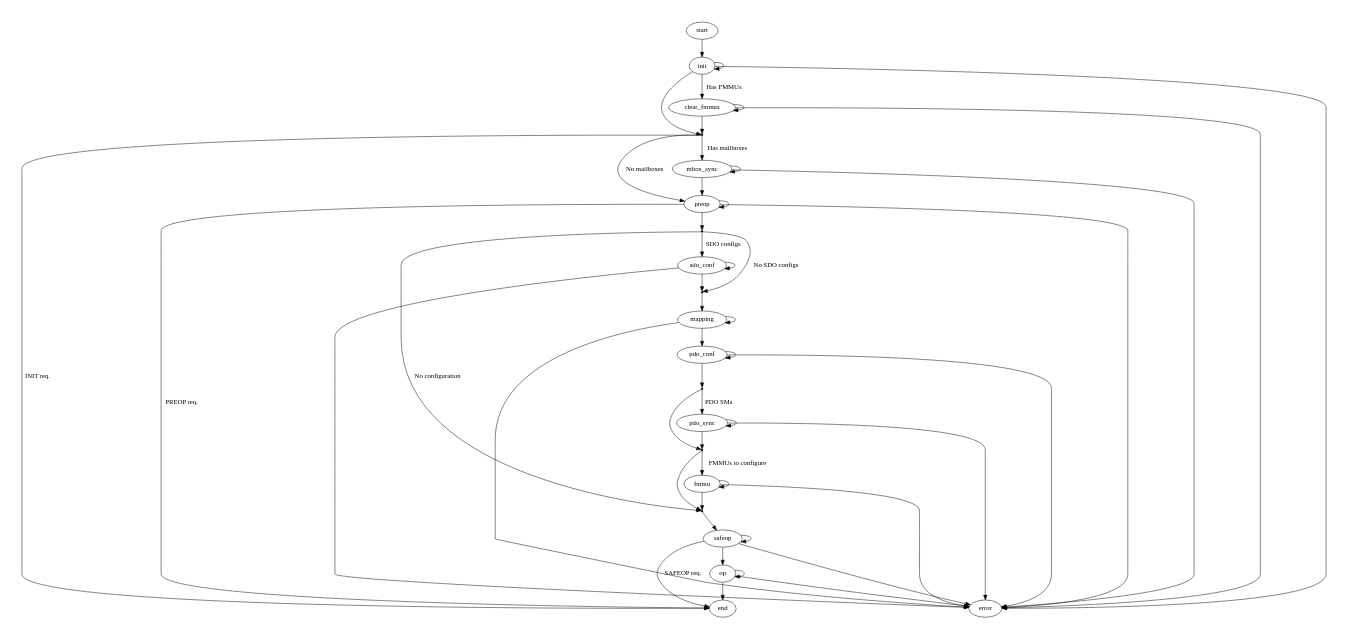
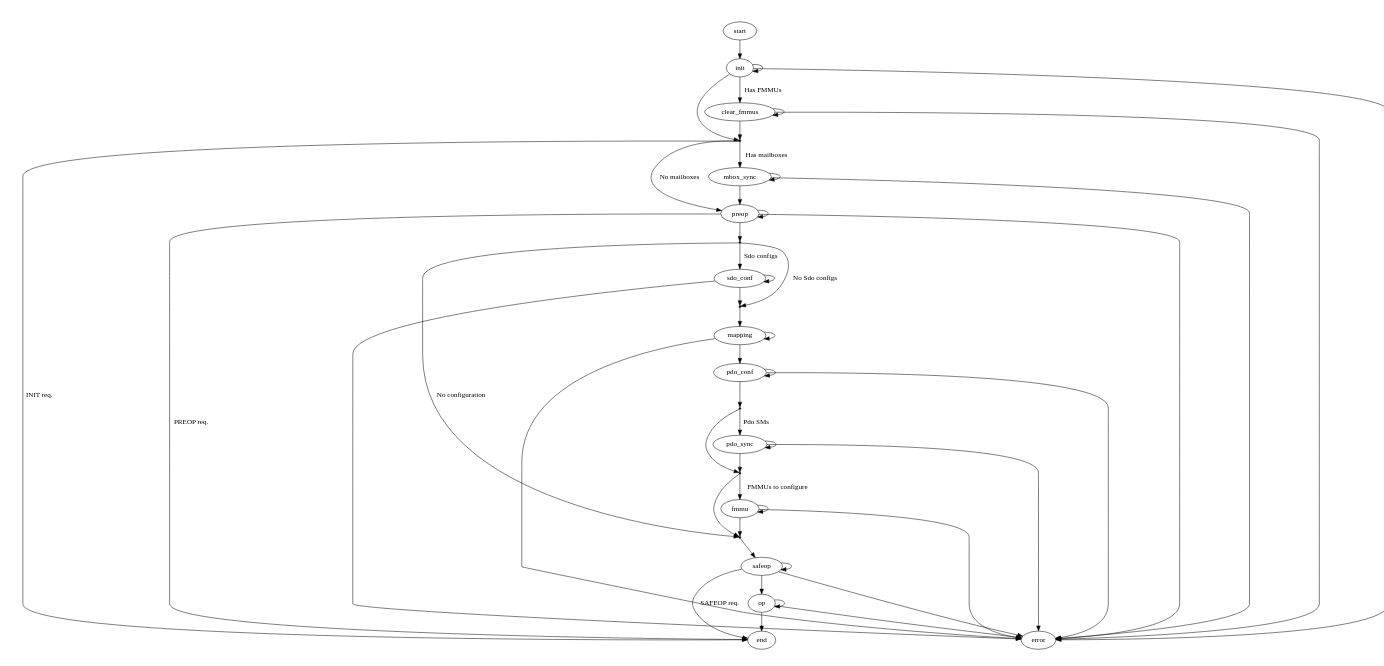
The diagram in documentation/graphs/fsm_slave_conf.dot (ribalda/ethercat), drawn with Graphviz before and after one commit. The commit also changed 36 other files, not shown here.

```diff
--- a/documentation/graphs/fsm_slave_conf.dot
+++ b/documentation/graphs/fsm_slave_conf.dot
@@ -1,65 +1,65 @@
 
 /* $Id$ */
 
 digraph slaveconf {
     size="7,9"
     center=1
 	ratio=fill
 
     enter_mbox_sync [shape=point,label=""]
     enter_fmmu [shape=point,label=""]
     enter_sdo_conf [shape=point,label=""]
     enter_mapping [shape=point,label=""]
     enter_pdo_sync [shape=point,label=""]
     enter_safeop [shape=point,label=""]
 
     start -> init [weight=10]
     init -> init
     init -> error
     init -> enter_mbox_sync
     init -> clear_fmmus [label="Has FMMUs", weight=10]
     clear_fmmus -> clear_fmmus
     clear_fmmus -> error
     clear_fmmus -> enter_mbox_sync [weight=10]
     enter_mbox_sync -> end [label="INIT req."]
     enter_mbox_sync -> preop [label="No mailboxes"]
     enter_mbox_sync -> mbox_sync [label="Has mailboxes", weight=10]
     mbox_sync -> mbox_sync
     mbox_sync -> error
     mbox_sync -> preop [weight=10]
     preop -> preop
     preop -> error
     preop -> end [label="PREOP req."]
     preop -> enter_sdo_conf [weight=10]
     enter_sdo_conf -> enter_safeop [label="No configuration"]
-    enter_sdo_conf -> enter_mapping [label="No SDO configs"]
-    enter_sdo_conf -> sdo_conf [label="SDO configs", weight=10]
+    enter_sdo_conf -> enter_mapping [label="No Sdo configs"]
+    enter_sdo_conf -> sdo_conf [label="Sdo configs", weight=10]
     sdo_conf -> sdo_conf
     sdo_conf -> error
     sdo_conf -> enter_mapping [weight=10]
     enter_mapping -> mapping [weight=10]
     mapping -> mapping
     mapping -> error
     mapping -> pdo_conf [weight=10]
     pdo_conf -> pdo_conf
     pdo_conf -> error
     pdo_conf -> enter_pdo_sync [weight=10]
-    enter_pdo_sync -> pdo_sync [label="PDO SMs", weight=10]
+    enter_pdo_sync -> pdo_sync [label="Pdo SMs", weight=10]
     enter_pdo_sync -> enter_fmmu
     pdo_sync -> pdo_sync
     pdo_sync -> error
     pdo_sync -> enter_fmmu [weight=10]
     enter_fmmu -> enter_safeop
     enter_fmmu -> fmmu [label="FMMUs to configure", weight=10]
     fmmu -> fmmu
     fmmu -> error
     fmmu -> enter_safeop [weight=10]
     enter_safeop -> safeop
     safeop -> safeop
     safeop -> error
     safeop -> end [label="SAFEOP req."]
     safeop -> op [weight=10]
     op -> op
     op -> error
     op -> end [weight=10]
 }
```
